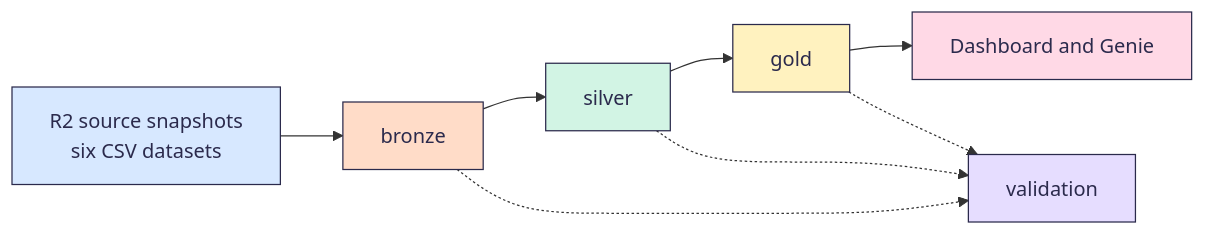
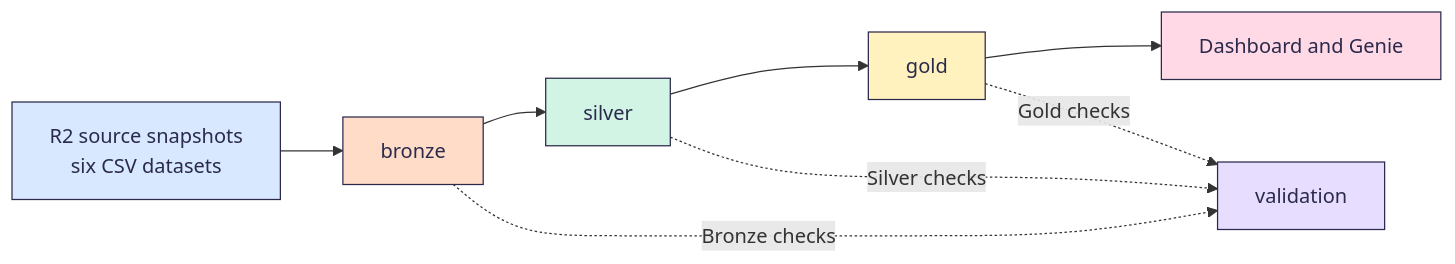
Before and after one commit to Buildabida/infra-project-monitoring: the diagram in README.md, drawn with Mermaid. The commit also changed other lines of this file, not shown here.

Commit message:
Update validation links and improve README content

````diff
--- a/README.md
+++ b/README.md
@@ -48,16 +48,16 @@
 ```mermaid
 flowchart LR
     S["R2 source snapshots<br>six CSV datasets"]:::src --> B["bronze"]:::bronze
     B --> SV["silver"]:::silver
     SV --> G["gold"]:::gold
     G --> D["Dashboard and Genie"]:::dash
-    B -.-> V["validation"]:::val
-    SV -.-> V
-    G -.-> V
+    B -. "Bronze checks" .-> V["validation"]:::val
+    SV -. "Silver checks" .-> V
+    G -. "Gold checks" .-> V
     classDef src fill:#D7E8FF,stroke:#2B2A4C,color:#2B2A4C
     classDef bronze fill:#FFDCC8,stroke:#2B2A4C,color:#2B2A4C
     classDef silver fill:#D2F4E4,stroke:#2B2A4C,color:#2B2A4C
     classDef gold fill:#FFF2BF,stroke:#2B2A4C,color:#2B2A4C
     classDef val fill:#E6DDFF,stroke:#2B2A4C,color:#2B2A4C
     classDef dash fill:#FFD9E6,stroke:#2B2A4C,color:#2B2A4C
 ```
````
